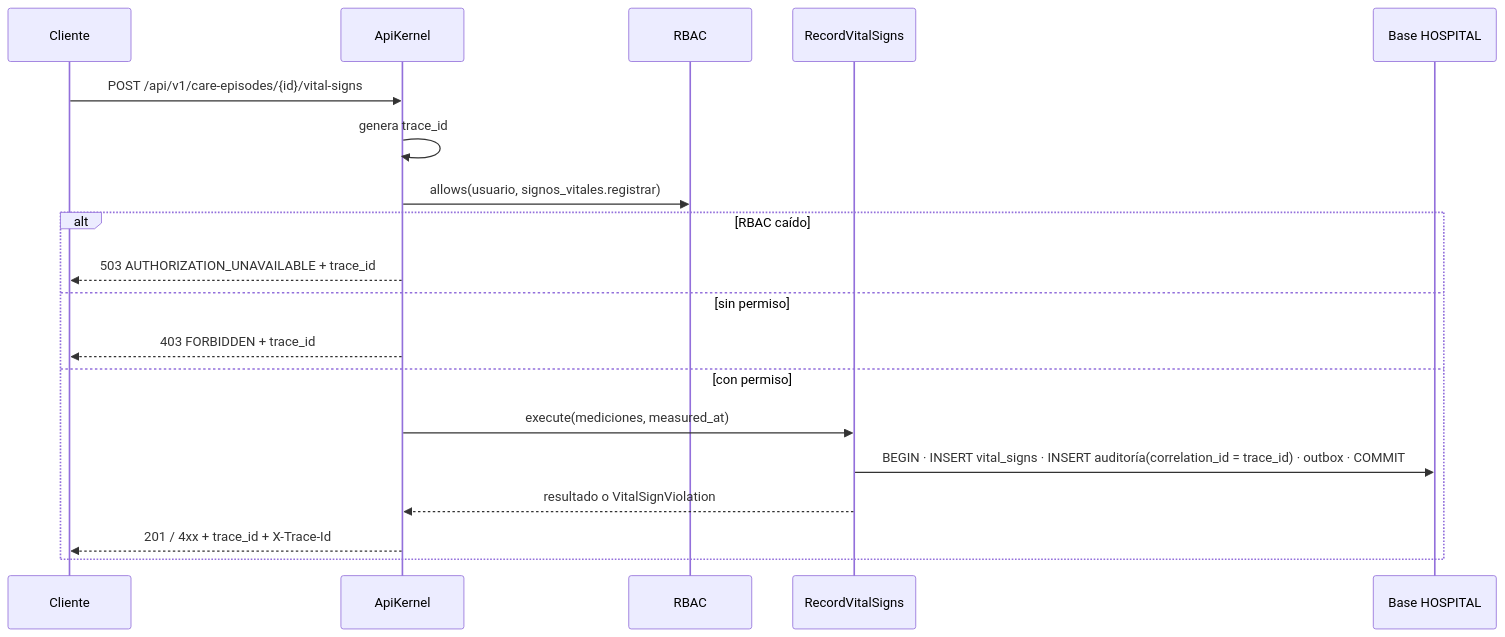
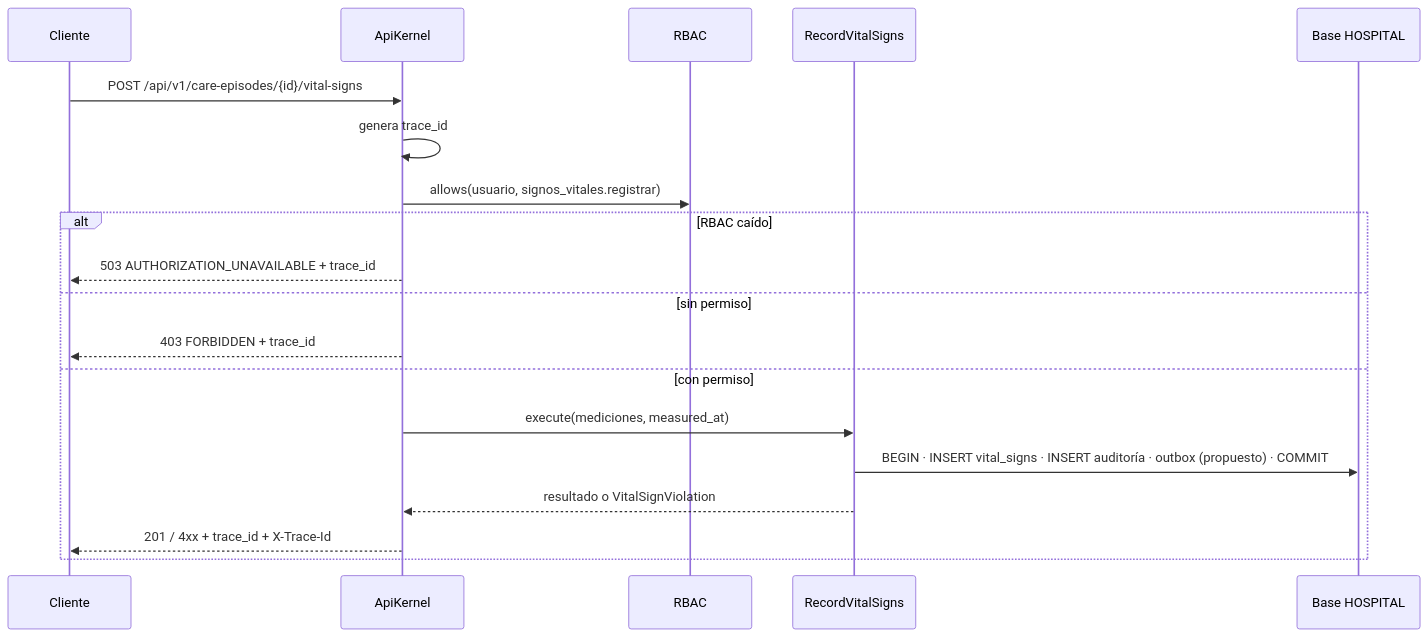
The second of 2 diagrams in docs/signos-vitales/semana-05/frontera-microservicio.md (AxelHerrera11/sistema-hospitalario-integrado), drawn with Mermaid before and after one commit. The commit also changed other lines of this file and 1 other file, not shown here.

Commit message:
docs(semana-5): precisar que trace_id llega a la auditoría cuando exista el slice H8 (ASII-13)

````diff
--- a/docs/signos-vitales/semana-05/frontera-microservicio.md
+++ b/docs/signos-vitales/semana-05/frontera-microservicio.md
@@ -27,21 +27,21 @@
 ```mermaid
 sequenceDiagram
   participant C as Cliente
   participant K as ApiKernel
   participant P as RBAC
   participant U as RecordVitalSigns
   participant D as Base HOSPITAL
   C->>K: POST /api/v1/care-episodes/{id}/vital-signs
   K->>K: genera trace_id
   K->>P: allows(usuario, signos_vitales.registrar)
   alt RBAC caído
     K-->>C: 503 AUTHORIZATION_UNAVAILABLE + trace_id
   else sin permiso
     K-->>C: 403 FORBIDDEN + trace_id
   else con permiso
     K->>U: execute(mediciones, measured_at)
-    U->>D: BEGIN · INSERT vital_signs · INSERT auditoría(correlation_id = trace_id) · outbox · COMMIT
+    U->>D: BEGIN · INSERT vital_signs · INSERT auditoría · outbox (propuesto) · COMMIT
     U-->>K: resultado o VitalSignViolation
     K-->>C: 201 / 4xx + trace_id + X-Trace-Id
   end
 ```
````
